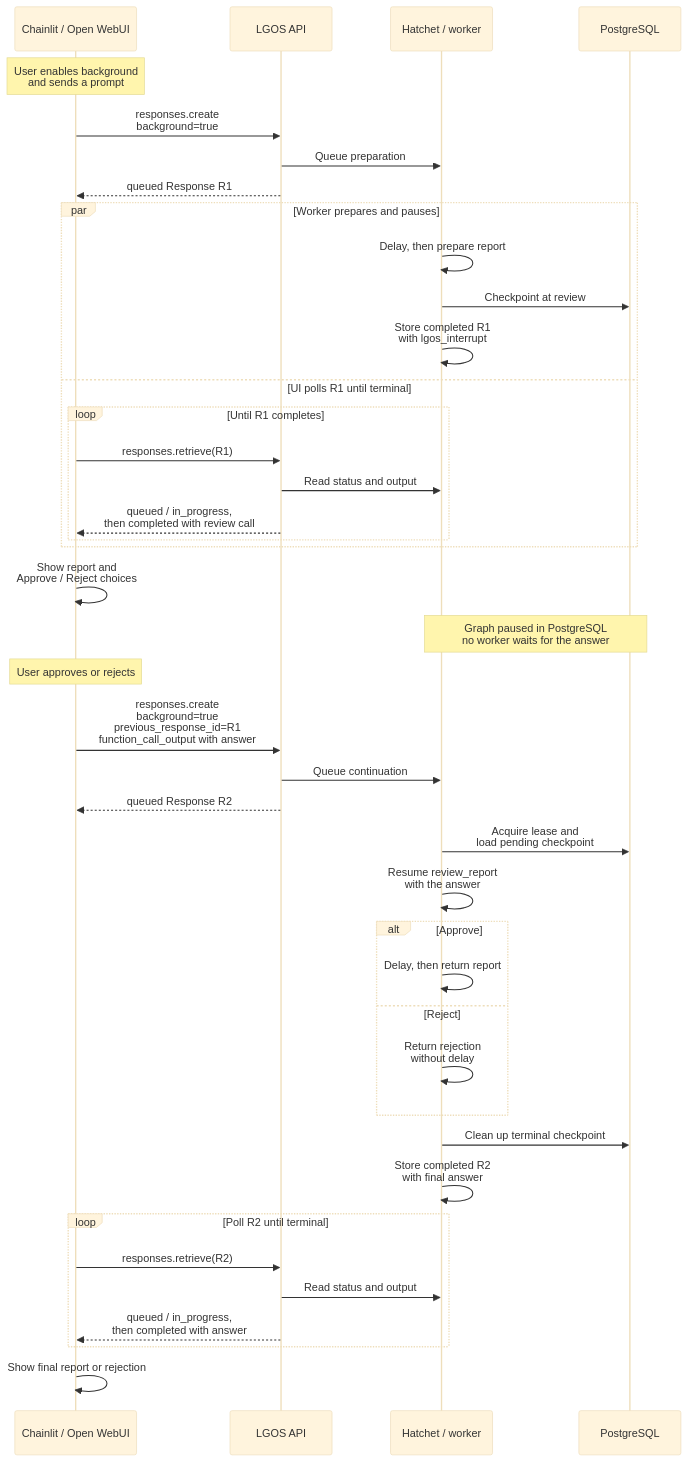
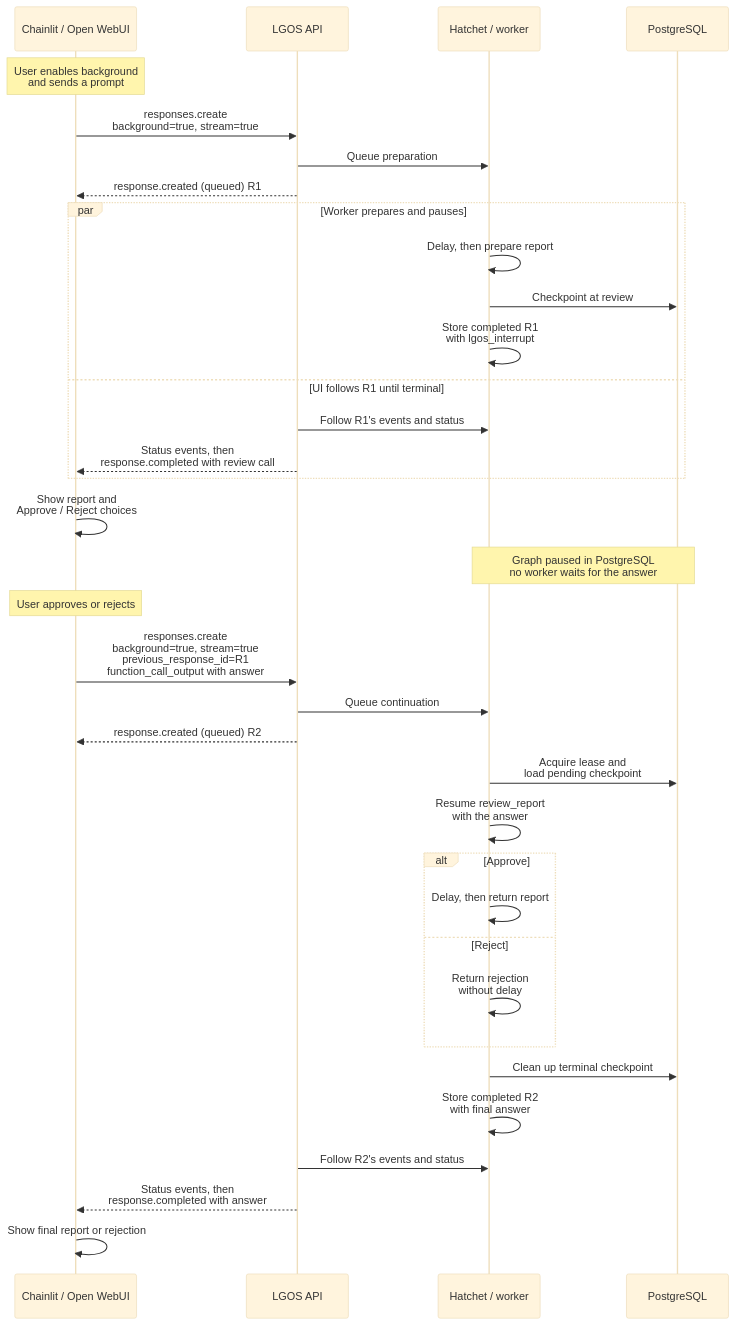
One commit to ilkersigirci/langgraph-openai-serve changed the second of 3 diagrams in docs/demo/graphs/background-interrupt.md. Above: the diagram before and after it, drawn with Mermaid (base theme). The commit also changed other lines of this file and 60 other files, not shown here.

````diff
--- a/docs/demo/graphs/background-interrupt.md
+++ b/docs/demo/graphs/background-interrupt.md
@@ -34,44 +34,38 @@
 ```mermaid
 sequenceDiagram
   participant UI as Chainlit / Open WebUI
   participant API as LGOS API
   participant Jobs as Hatchet / worker
   participant DB as PostgreSQL
 
   Note over UI: User enables background<br/>and sends a prompt
-  UI->>API: responses.create<br/>background=true
+  UI->>API: responses.create<br/>background=true, stream=true
   API->>Jobs: Queue preparation
-  API-->>UI: queued Response R1
+  API-->>UI: response.created (queued) R1
   par Worker prepares and pauses
     Jobs->>Jobs: Delay, then prepare report
     Jobs->>DB: Checkpoint at review
     Jobs->>Jobs: Store completed R1<br/>with lgos_interrupt
-  and UI polls R1 until terminal
-    loop Until R1 completes
-      UI->>API: responses.retrieve(R1)
-      API->>Jobs: Read status and output
-      API-->>UI: queued / in_progress,<br/>then completed with review call
-    end
+  and UI follows R1 until terminal
+    API->>Jobs: Follow R1's events and status
+    API-->>UI: Status events, then<br/>response.completed with review call
   end
   UI->>UI: Show report and<br/>Approve / Reject choices
   Note over Jobs,DB: Graph paused in PostgreSQL<br/>no worker waits for the answer
   Note over UI: User approves or rejects
-  UI->>API: responses.create<br/>background=true<br/>previous_response_id=R1<br/>function_call_output with answer
+  UI->>API: responses.create<br/>background=true, stream=true<br/>previous_response_id=R1<br/>function_call_output with answer
   API->>Jobs: Queue continuation
-  API-->>UI: queued Response R2
+  API-->>UI: response.created (queued) R2
   Jobs->>DB: Acquire lease and<br/>load pending checkpoint
   Jobs->>Jobs: Resume review_report<br/>with the answer
   alt Approve
     Jobs->>Jobs: Delay, then return report
   else Reject
     Jobs->>Jobs: Return rejection<br/>without delay
   end
   Jobs->>DB: Clean up terminal checkpoint
   Jobs->>Jobs: Store completed R2<br/>with final answer
-  loop Poll R2 until terminal
-    UI->>API: responses.retrieve(R2)
-    API->>Jobs: Read status and output
-    API-->>UI: queued / in_progress,<br/>then completed with answer
-  end
+  API->>Jobs: Follow R2's events and status
+  API-->>UI: Status events, then<br/>response.completed with answer
   UI->>UI: Show final report or rejection
 ```
````
